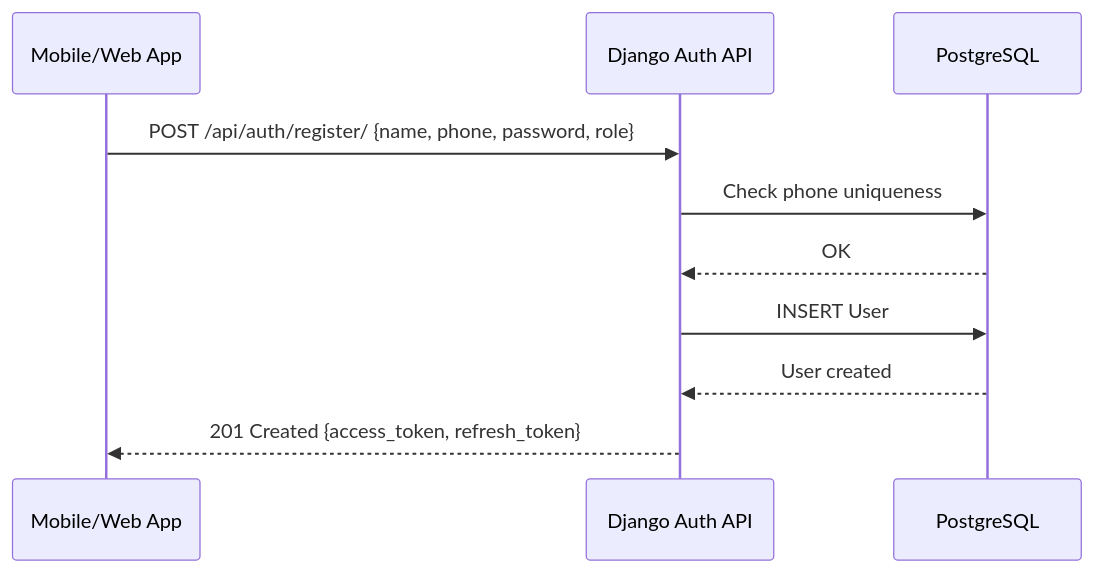
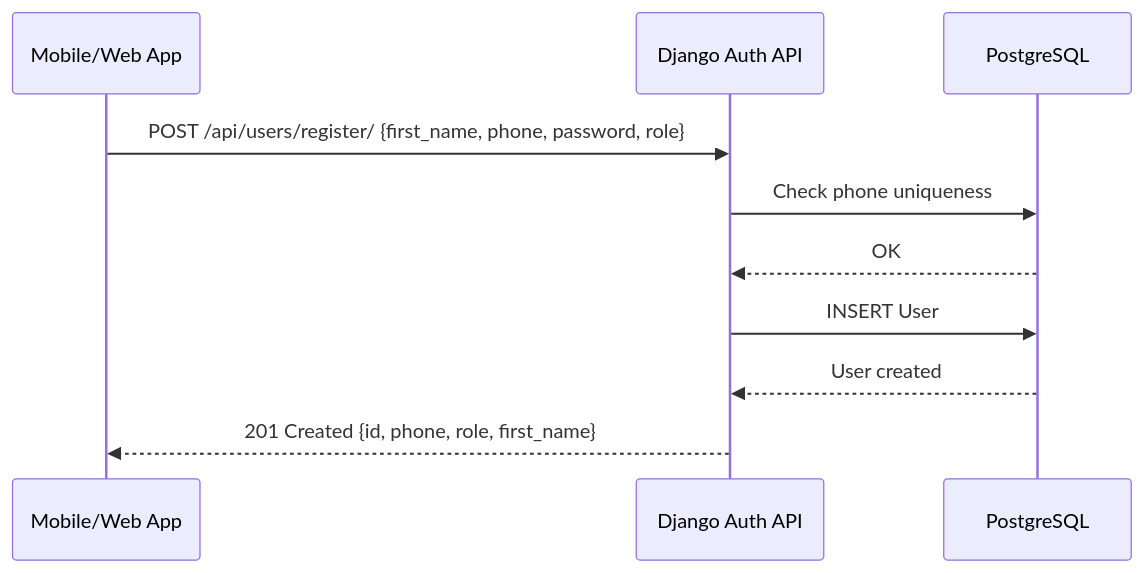
The diagram in docs/1.Users_Authentication/5.Workflows/Signup.md (sanjaikumarask/uber--clone), drawn with Mermaid before and after one commit. The commit also changed 116 other files, not shown here.

````diff
--- a/docs/1.Users_Authentication/5.Workflows/Signup.md
+++ b/docs/1.Users_Authentication/5.Workflows/Signup.md
@@ -36,13 +36,13 @@
 ```mermaid
 sequenceDiagram
 participant App as Mobile/Web App
 participant API as Django Auth API
 participant DB as PostgreSQL
 
-App->>API: POST /api/auth/register/ {name, phone, password, role}
+App->>API: POST /api/users/register/ {first_name, phone, password, role}
 API->>DB: Check phone uniqueness
 DB-->>API: OK
 API->>DB: INSERT User
 DB-->>API: User created
-API-->>App: 201 Created {access_token, refresh_token}
+API-->>App: 201 Created {id, phone, role, first_name}
 ```
````
